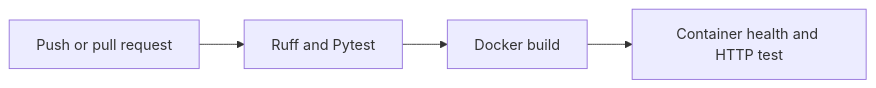
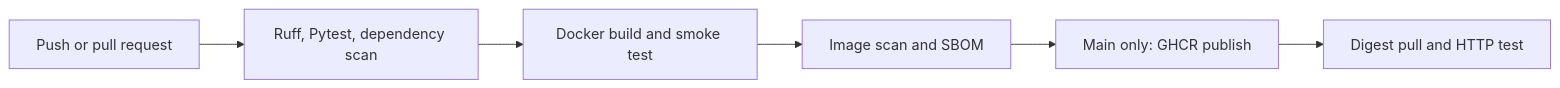
One commit to prasanthece42/aegis-cicd changed the diagram in README.md. Above: the diagram before and after it, drawn with Mermaid. The commit also changed other lines of this file and 17 other files, not shown here.

````diff
--- a/README.md
+++ b/README.md
@@ -15,6 +17,8 @@
 ```mermaid
 flowchart LR
-    Code[Push or pull request] --> Checks[Ruff and Pytest]
-    Checks --> Build[Docker build]
-    Build --> Verify[Container health and HTTP test]
+    Code[Push or pull request] --> Checks[Ruff, Pytest, dependency scan]
+    Checks --> Build[Docker build and smoke test]
+    Build --> Scan[Image scan and SBOM]
+    Scan --> Publish[Main only: GHCR publish]
+    Publish --> Verify[Digest pull and HTTP test]
 ```
````
